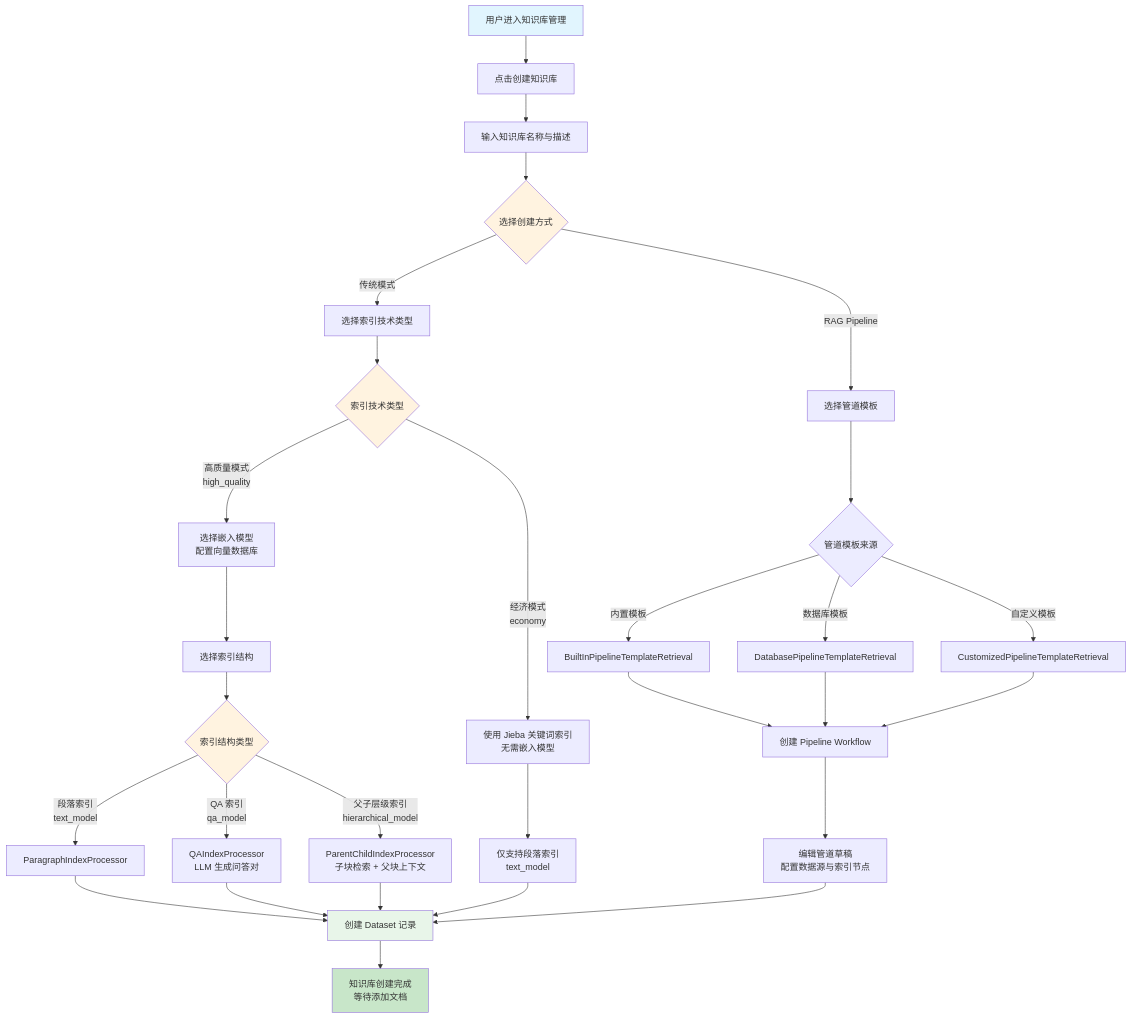
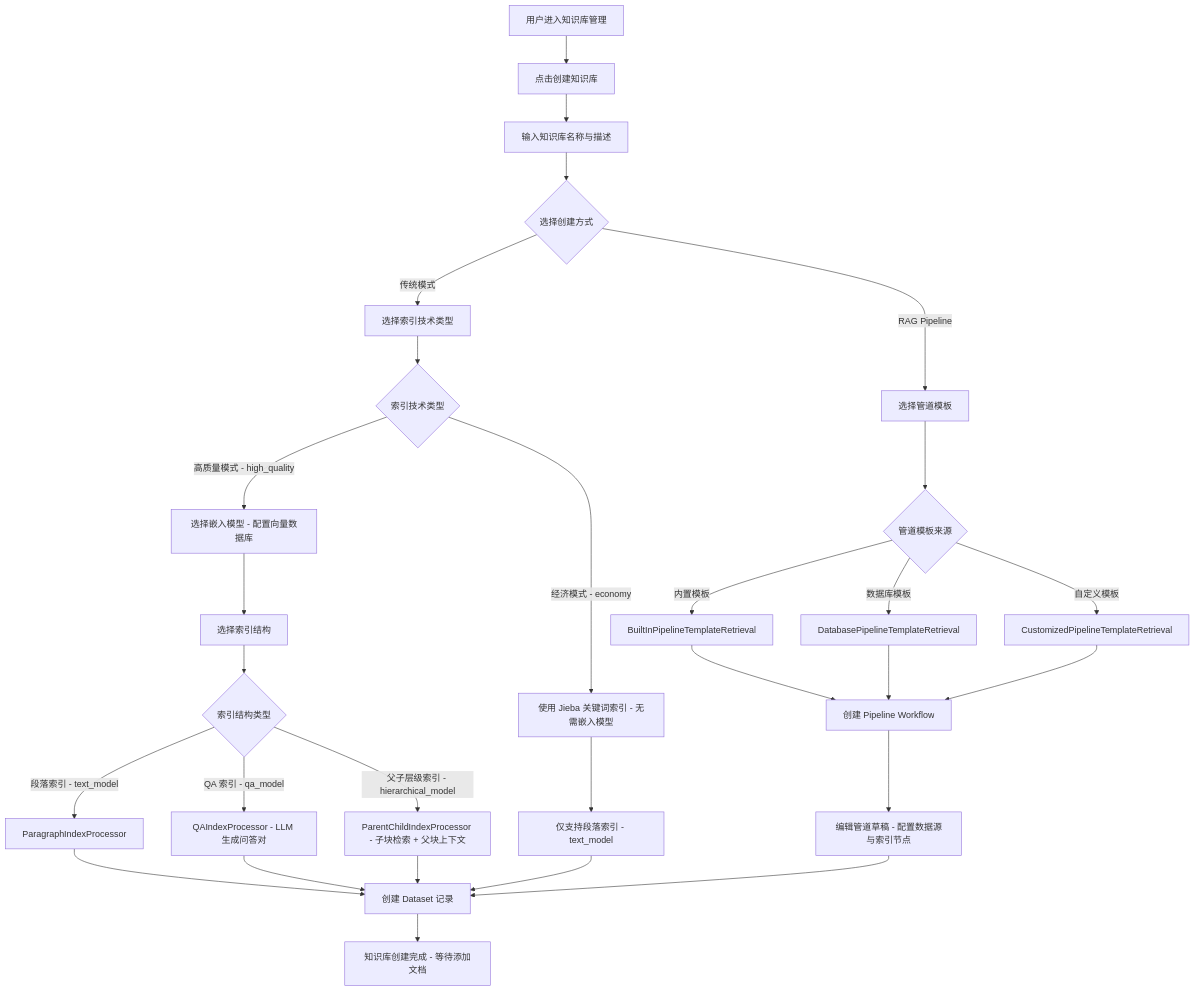
Before and after one commit to langgenius/dify: the first of 6 diagrams in project-docs/flows/rag-pipeline-flow.md, drawn with Mermaid. The commit also changed other lines of this file and 3 other files, not shown here.

First line of the commit message:
docs: update all mermaid flowchart syntax and wording

````diff
--- a/project-docs/flows/rag-pipeline-flow.md
+++ b/project-docs/flows/rag-pipeline-flow.md
@@ -17,47 +17,40 @@
 ```mermaid
-flowchart TD
+graph TB
     A[用户进入知识库管理] --> B[点击创建知识库]
     B --> C[输入知识库名称与描述]
     C --> D{选择创建方式}
 
     D -->|传统模式| E1[选择索引技术类型]
     D -->|RAG Pipeline| E2[选择管道模板]
 
     E1 --> F1{索引技术类型}
-    F1 -->|高质量模式<br/>high_quality| G1[选择嵌入模型<br/>配置向量数据库]
-    F1 -->|经济模式<br/>economy| G2[使用 Jieba 关键词索引<br/>无需嵌入模型]
+    F1 -->|高质量模式 - high_quality| G1[选择嵌入模型 - 配置向量数据库]
+    F1 -->|经济模式 - economy| G2[使用 Jieba 关键词索引 - 无需嵌入模型]
 
     G1 --> H1[选择索引结构]
-    G2 --> H2[仅支持段落索引<br/>text_model]
+    G2 --> H2[仅支持段落索引 - text_model]
 
     H1 --> I1{索引结构类型}
-    I1 -->|段落索引<br/>text_model| J1[ParagraphIndexProcessor]
-    I1 -->|QA 索引<br/>qa_model| J2[QAIndexProcessor<br/>LLM 生成问答对]
-    I1 -->|父子层级索引<br/>hierarchical_model| J3[ParentChildIndexProcessor<br/>子块检索 + 父块上下文]
+    I1 -->|段落索引 - text_model| J1[ParagraphIndexProcessor]
+    I1 -->|QA 索引 - qa_model| J2[QAIndexProcessor - LLM 生成问答对]
+    I1 -->|父子层级索引 - hierarchical_model| J3[ParentChildIndexProcessor - 子块检索 + 父块上下文]
 
     J1 --> K[创建 Dataset 记录]
     J2 --> K
     J3 --> K
     H2 --> K
 
     E2 --> L{管道模板来源}
     L -->|内置模板| M1[BuiltInPipelineTemplateRetrieval]
     L -->|数据库模板| M2[DatabasePipelineTemplateRetrieval]
     L -->|自定义模板| M3[CustomizedPipelineTemplateRetrieval]
 
     M1 --> N[创建 Pipeline Workflow]
     M2 --> N
     M3 --> N
 
-    N --> O[编辑管道草稿<br/>配置数据源与索引节点]
+    N --> O[编辑管道草稿 - 配置数据源与索引节点]
     O --> K
 
-    K --> P[知识库创建完成<br/>等待添加文档]
-
-    style A fill:#e1f5fe
-    style D fill:#fff3e0
-    style F1 fill:#fff3e0
-    style I1 fill:#fff3e0
-    style K fill:#e8f5e9
-    style P fill:#c8e6c9
+    K --> P[知识库创建完成 - 等待添加文档]
 ```
````
